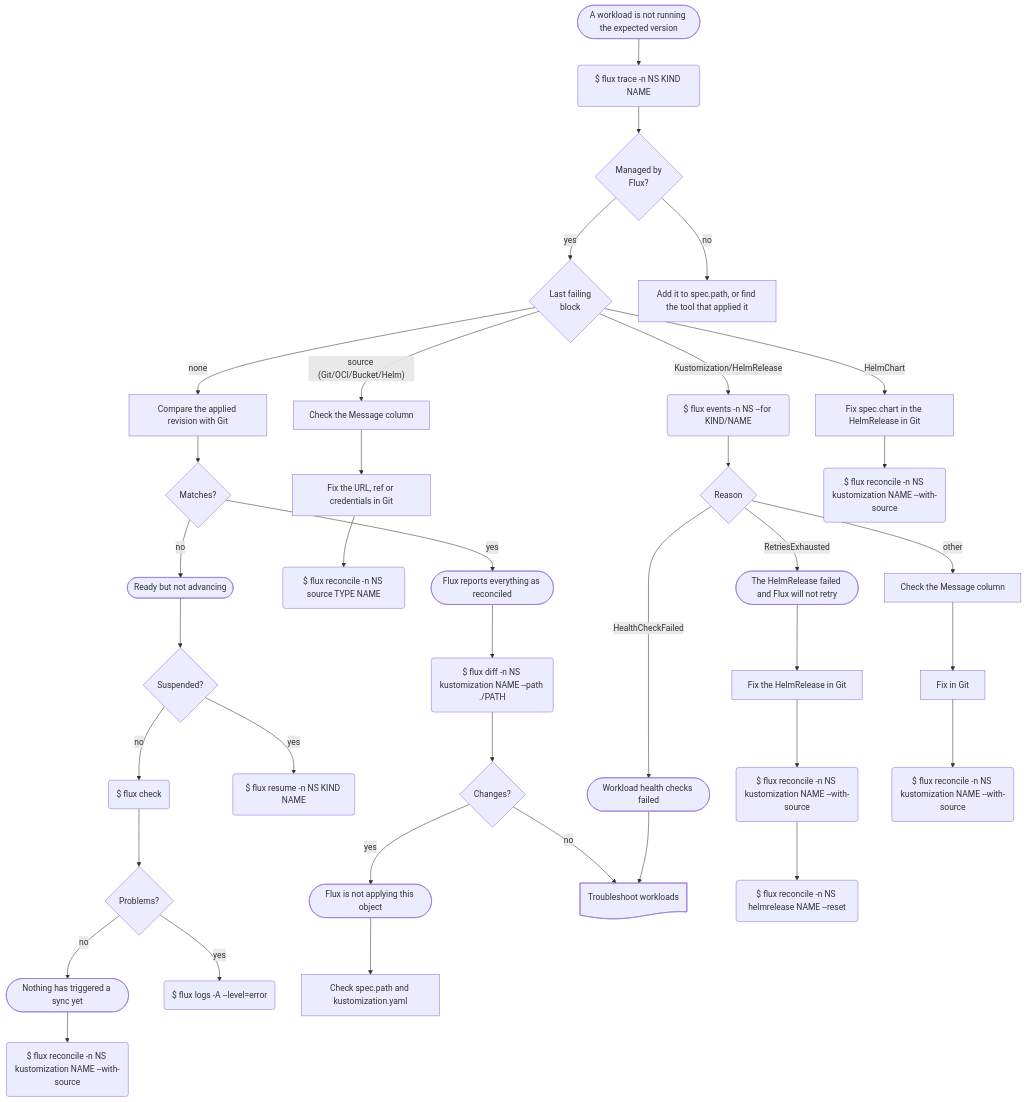
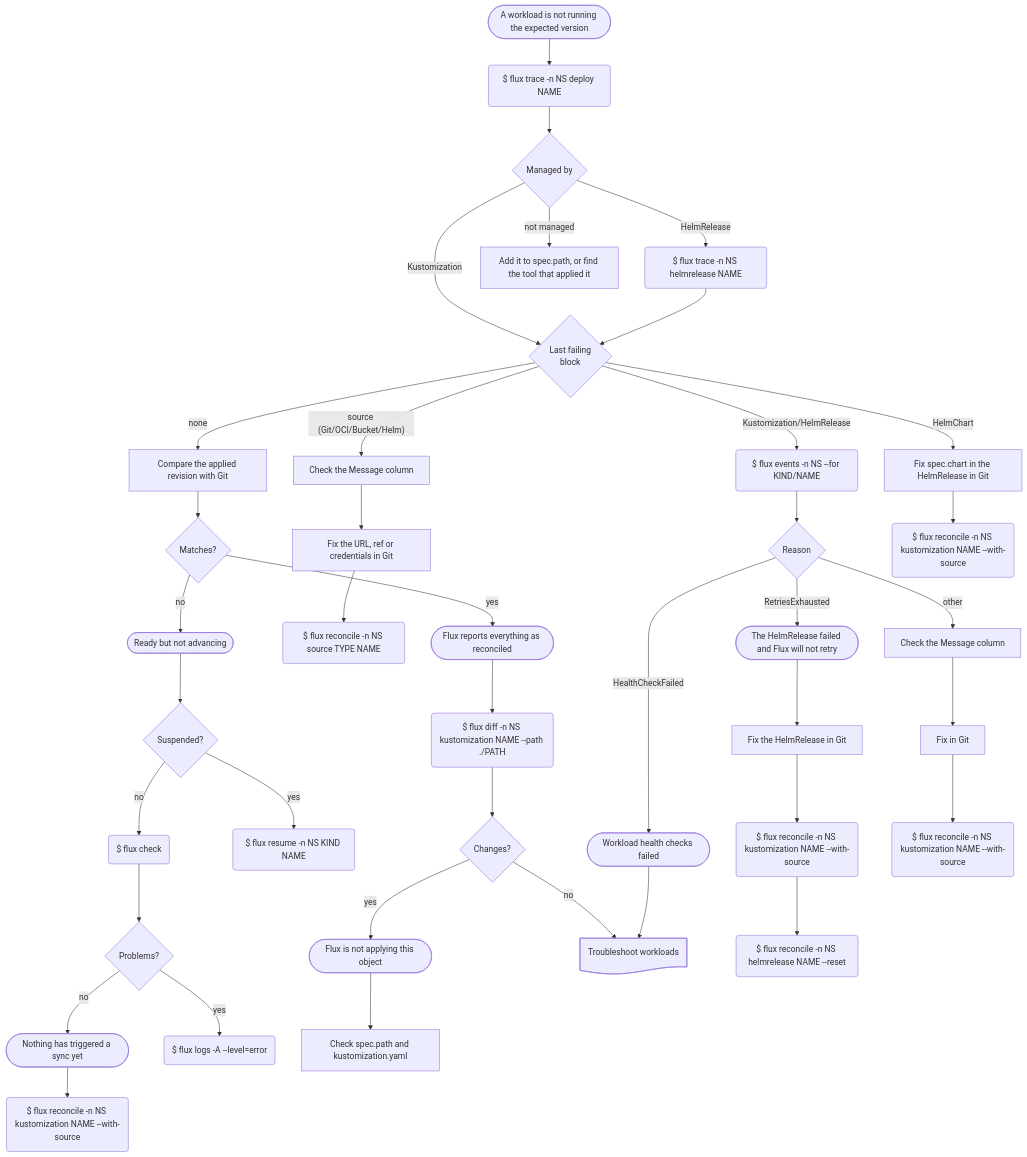
One commit to nth-root/flowcharts changed the diagram in diagrams/flux.mmd. Above: the diagram before and after it, drawn with Mermaid.

Commit message:
Trace the HelmRelease if that owns the workload

```diff
--- a/diagrams/flux.mmd
+++ b/diagrams/flux.mmd
@@ -1,39 +1,40 @@
 %% SPDX-FileCopyrightText: 2026 Nth Root Software Consultancy
 %% SPDX-License-Identifier: CC-BY-4.0
 
 flowchart TD
     Reported([A workload is not running the expected version]):::situation --> Trace
-    Trace($ flux trace -n NS KIND NAME):::cmd
+    Trace($ flux trace -n NS deploy NAME):::cmd
 
-    Trace --> Owned{Managed by<br>Flux?}:::choice
+    Trace --> Owned{Managed by}:::choice
 
-    Owned -->|yes| FailingObject{Last failing<br>block}:::choice
-    Owned -->|no| Unmanaged[Add it to spec.path, or find the tool that applied it]
+    Owned -->|Kustomization| FailingObject{Last failing<br>block}:::choice
+    Owned -->|HelmRelease| TraceHelmRelease($ flux trace -n NS helmrelease NAME):::cmd --> FailingObject
+    Owned -->|not managed| Unmanaged[Add it to spec.path, or find the tool that applied it]
 
     FailingObject -->|none| CheckRevision[Compare the applied revision with Git]
 
     CheckRevision --> Matches{Matches?}:::choice
     Matches -->|no| NotAdvancing([Ready but not advancing]):::situation
 
     NotAdvancing --> Suspended{Suspended?}:::choice
     Suspended -->|no| FluxCheck($ flux check):::cmd --> FluxUnhealthy{Problems?}:::choice
     Suspended -->|yes| Resume($ flux resume -n NS KIND NAME):::cmd
 
     FluxUnhealthy -->|no| NoSyncTriggered([Nothing has triggered a sync yet]):::situation --> ReconcileStale($ flux reconcile -n NS kustomization NAME --with-source):::cmd
     FluxUnhealthy -->|yes| FluxLogs($ flux logs -A --level=error):::cmd
 
     FailingObject -->|"source (Git/OCI/Bucket/Helm)"| NonReadySource[Check the Message column]
     NonReadySource --> FixSource[Fix the URL, ref or credentials in Git] --> ReconcileSource($ flux reconcile -n NS source TYPE NAME):::cmd
 
     FailingObject -->|Kustomization/HelmRelease| GetEvents($ flux events -n NS --for KIND/NAME):::cmd
 
     Matches -->|yes| Reconciled([Flux reports everything as reconciled]):::situation --> DiffKustomization($ flux diff -n NS kustomization NAME --path ./PATH):::cmd --> Changes{Changes?}:::choice
     Changes -->|yes| NotApplied([Flux is not applying this object]):::situation --> CheckKustomization[Check spec.path and kustomization.yaml]
     Changes -->|no| CheckPodIssues:::ref@{ shape: doc, label: "Troubleshoot workloads" }
 
     GetEvents --> Reason{Reason}:::choice
     Reason -->|RetriesExhausted| RetriesExhausted([The HelmRelease failed and Flux will not retry]):::situation --> FixHelmRelease[Fix the HelmRelease in Git] --> ReconcileHelmKustomization("$ flux reconcile -n NS kustomization NAME --with-source"):::cmd --> ReconcileHelmRelease("$ flux reconcile -n NS helmrelease NAME --reset"):::cmd
     Reason -->|HealthCheckFailed| HealthCheckFailed([Workload health checks failed]):::situation --> CheckPodIssues
     Reason -->|other| CheckMessage[Check the Message column] --> FixIssue[Fix in Git] --> Reconcile($ flux reconcile -n NS kustomization NAME --with-source):::cmd
 
     FailingObject -->|HelmChart| FixChart[Fix spec.chart in the HelmRelease in Git] --> ReconcileChart($ flux reconcile -n NS kustomization NAME --with-source):::cmd
```
